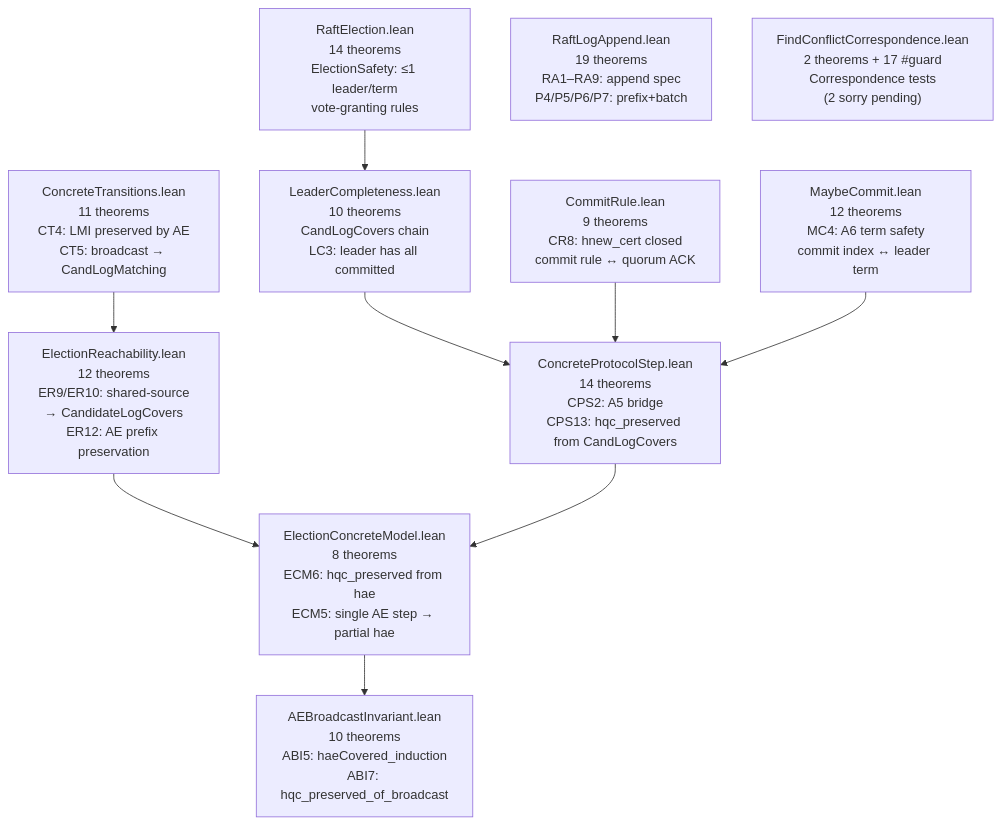
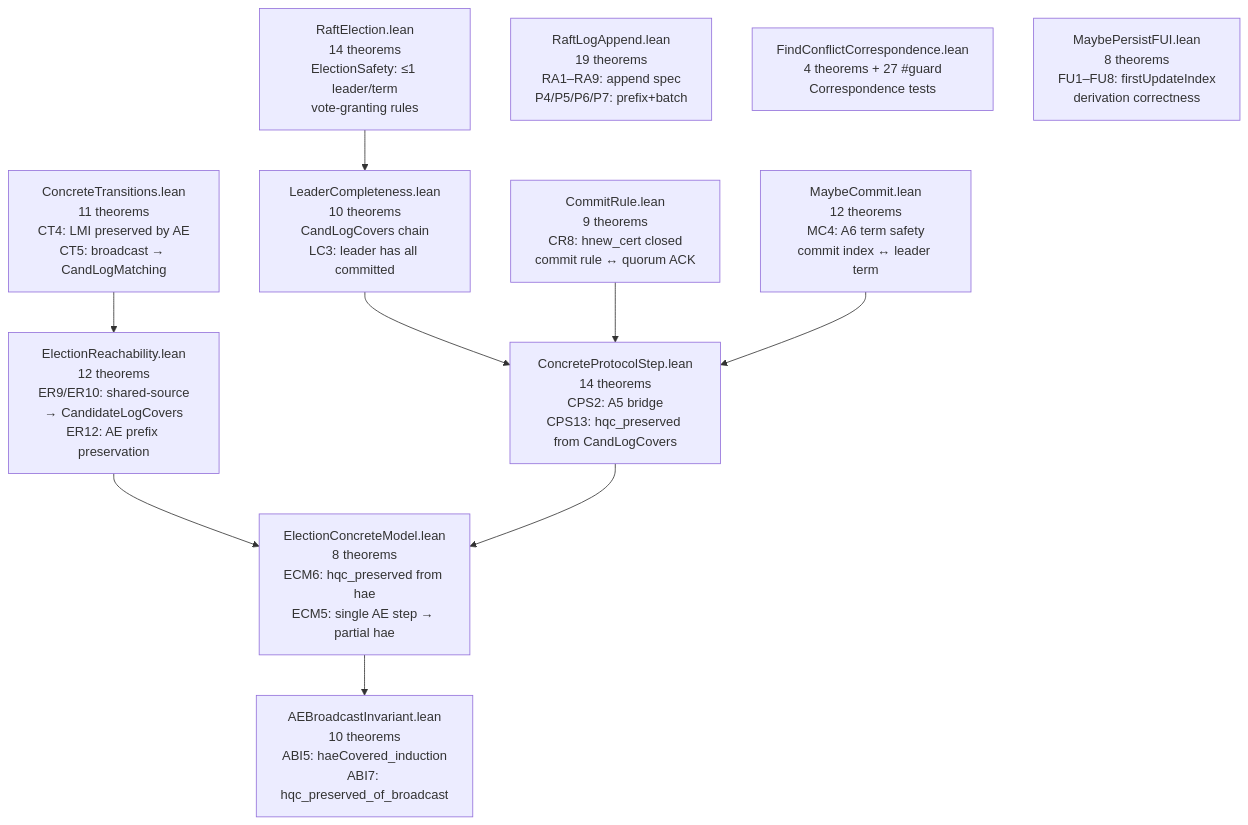
Before and after one commit to dsyme/raft-lean-squad: the eighth of 11 diagrams in formal-verification/REPORT.md, drawn with Mermaid. The commit also changed other lines of this file and 1 other file, not shown here.

First line of the commit message:
docs(fv): Task 10+11 — Run 87 REPORT.md + paper.tex update (575T, 55F, 18 corr, 373 #guard)

````diff
--- a/formal-verification/REPORT.md
+++ b/formal-verification/REPORT.md
@@ -248,23 +250,24 @@
 ```mermaid
 graph TD
     RE["RaftElection.lean<br/>14 theorems<br/>ElectionSafety: ≤1 leader/term<br/>vote-granting rules"]
     LC["LeaderCompleteness.lean<br/>10 theorems<br/>CandLogCovers chain<br/>LC3: leader has all committed"]
     CT["ConcreteTransitions.lean<br/>11 theorems<br/>CT4: LMI preserved by AE<br/>CT5: broadcast → CandLogMatching"]
     CR["CommitRule.lean<br/>9 theorems<br/>CR8: hnew_cert closed<br/>commit rule ↔ quorum ACK"]
     MC["MaybeCommit.lean<br/>12 theorems<br/>MC4: A6 term safety<br/>commit index ↔ leader term"]
     CPS["ConcreteProtocolStep.lean<br/>14 theorems<br/>CPS2: A5 bridge<br/>CPS13: hqc_preserved from CandLogCovers"]
     ER["ElectionReachability.lean<br/>12 theorems<br/>ER9/ER10: shared-source<br/>→ CandidateLogCovers<br/>ER12: AE prefix preservation"]
     ECM["ElectionConcreteModel.lean<br/>8 theorems<br/>ECM6: hqc_preserved from hae<br/>ECM5: single AE step → partial hae"]
     RLA["RaftLogAppend.lean<br/>19 theorems<br/>RA1–RA9: append spec<br/>P4/P5/P6/P7: prefix+batch"]
     ABI["AEBroadcastInvariant.lean<br/>10 theorems<br/>ABI5: haeCovered_induction<br/>ABI7: hqc_preserved_of_broadcast"]
-    FCC["FindConflictCorrespondence.lean<br/>2 theorems + 17 #guard<br/>Correspondence tests<br/>(2 sorry pending)"]
+    FCC["FindConflictCorrespondence.lean<br/>4 theorems + 27 #guard<br/>Correspondence tests"]
+    MPFUI["MaybePersistFUI.lean<br/>8 theorems<br/>FU1–FU8: firstUpdateIndex<br/>derivation correctness"]
 
     RE --> LC
     CT --> ER
     LC --> CPS
     ER --> ECM
     CPS --> ECM
     CR --> CPS
     MC --> CPS
     ECM --> ABI
 ```
````
